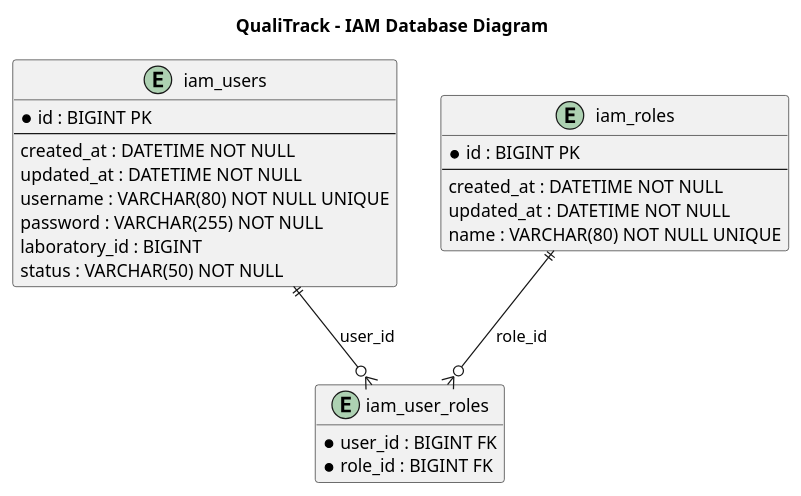
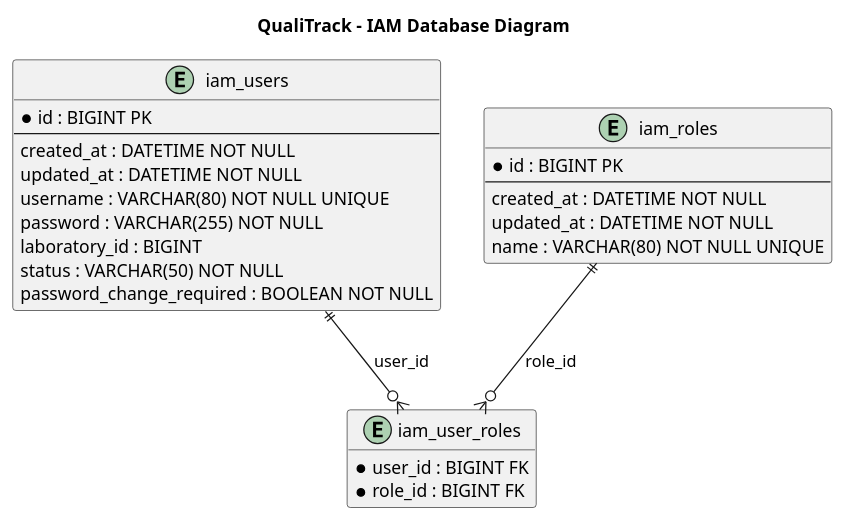
Before and after one commit to IoTech-2620-8741/qualitrack-platform: the diagram in docs/diagrams/iam/iam-database-diagram.puml, drawn with PlantUML. The commit also changed 7 other files, not shown here.

```diff
--- a/docs/diagrams/iam/iam-database-diagram.puml
+++ b/docs/diagrams/iam/iam-database-diagram.puml
@@ -1,35 +1,36 @@
 @startuml iam-database-diagram
 
 title QualiTrack - IAM Database Diagram
 
 hide methods
 hide stereotypes
 
 entity "iam_users" {
   * id : BIGINT PK
   --
   created_at : DATETIME NOT NULL
   updated_at : DATETIME NOT NULL
   username : VARCHAR(80) NOT NULL UNIQUE
   password : VARCHAR(255) NOT NULL
   laboratory_id : BIGINT
   status : VARCHAR(50) NOT NULL
+  password_change_required : BOOLEAN NOT NULL
 }
 
 entity "iam_roles" {
   * id : BIGINT PK
   --
   created_at : DATETIME NOT NULL
   updated_at : DATETIME NOT NULL
   name : VARCHAR(80) NOT NULL UNIQUE
 }
 
 entity "iam_user_roles" {
   * user_id : BIGINT FK
   * role_id : BIGINT FK
 }
 
 iam_users ||--o{ iam_user_roles : user_id
 iam_roles ||--o{ iam_user_roles : role_id
 
 @enduml
```
